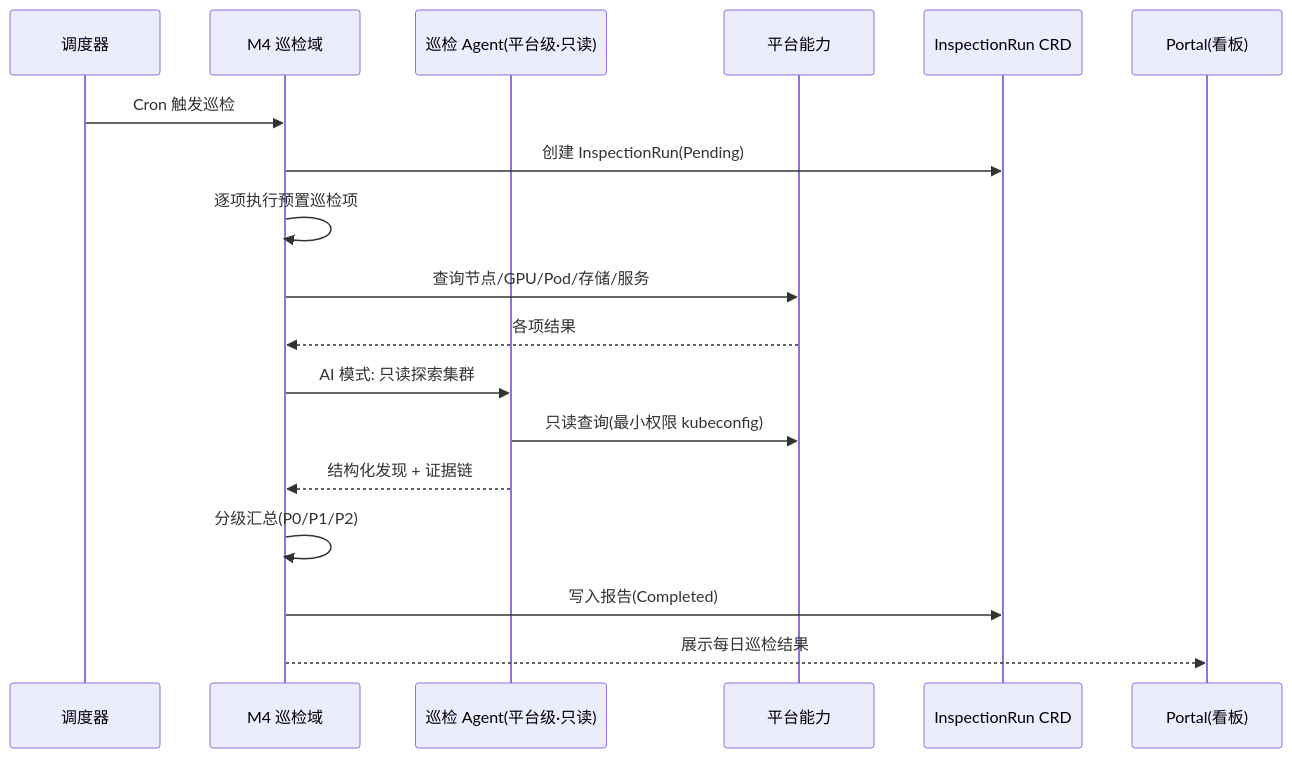
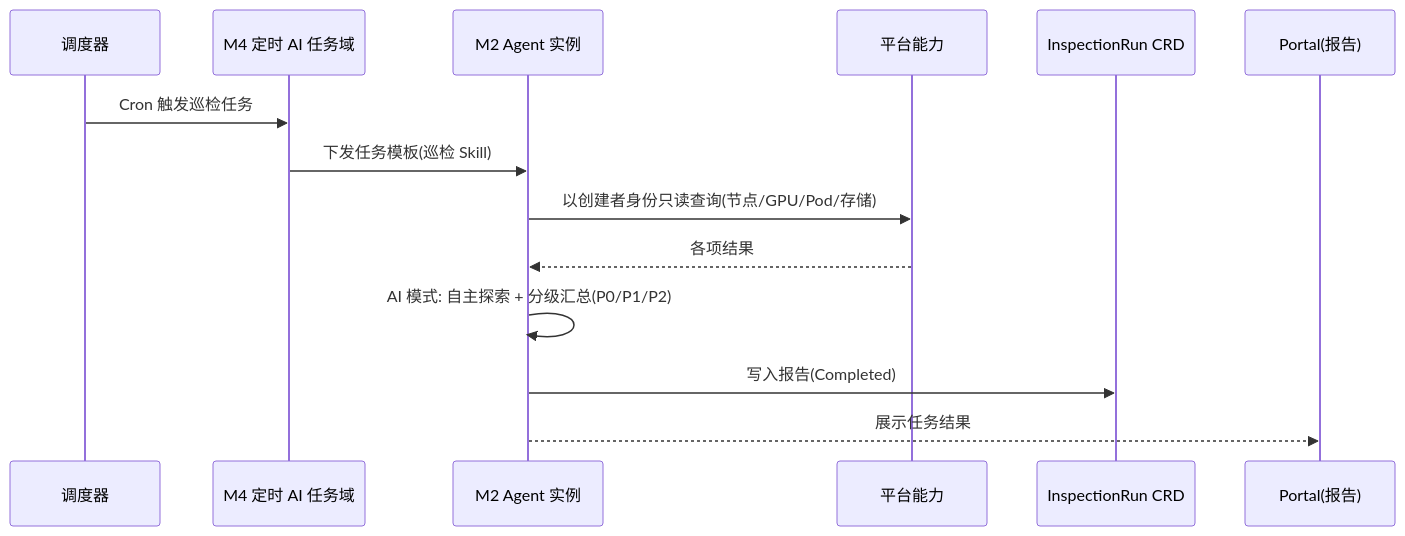
Before and after one commit to suanova/cubepilot: the fifth of 5 diagrams in docs/CubeStack-平台智能助手-CubePilot-模块设计文档.md, drawn with Mermaid. The commit also changed other lines of this file and 1 other file, not shown here.

First line of the commit message:
docs: reframe M4 as scheduled-AI-task domain routed through M2 agent

````diff
--- a/docs/CubeStack-平台智能助手-CubePilot-模块设计文档.md
+++ b/docs/CubeStack-平台智能助手-CubePilot-模块设计文档.md
@@ -506,21 +496,17 @@
 ```mermaid
 sequenceDiagram
     participant S as 调度器
-    participant M4 as M4 巡检域
-    participant IA as 巡检 Agent(平台级·只读)
+    participant M4 as M4 定时 AI 任务域
+    participant M2 as M2 Agent 实例
     participant K8s as 平台能力
     participant CRD as InspectionRun CRD
-    participant P as Portal(看板)
+    participant P as Portal(报告)
 
-    S->>M4: Cron 触发巡检
-    M4->>CRD: 创建 InspectionRun(Pending)
-    M4->>M4: 逐项执行预置巡检项
-    M4->>K8s: 查询节点/GPU/Pod/存储/服务
-    K8s-->>M4: 各项结果
-    M4->>IA: AI 模式: 只读探索集群
-    IA->>K8s: 只读查询(最小权限 kubeconfig)
-    IA-->>M4: 结构化发现 + 证据链
-    M4->>M4: 分级汇总(P0/P1/P2)
-    M4->>CRD: 写入报告(Completed)
-    M4-->>P: 展示每日巡检结果
+    S->>M4: Cron 触发巡检任务
+    M4->>M2: 下发任务模板(巡检 Skill)
+    M2->>K8s: 以创建者身份只读查询(节点/GPU/Pod/存储)
+    K8s-->>M2: 各项结果
+    M2->>M2: AI 模式: 自主探索 + 分级汇总(P0/P1/P2)
+    M2->>CRD: 写入报告(Completed)
+    M2-->>P: 展示任务结果
 ```
````
